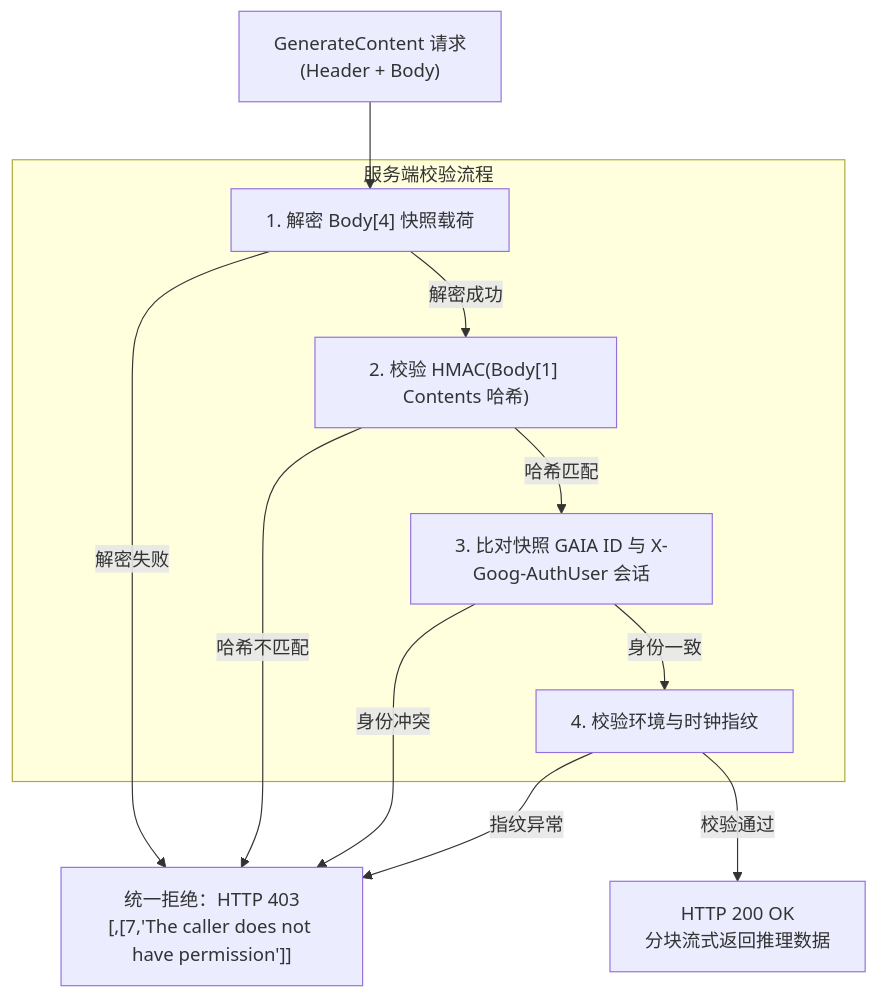
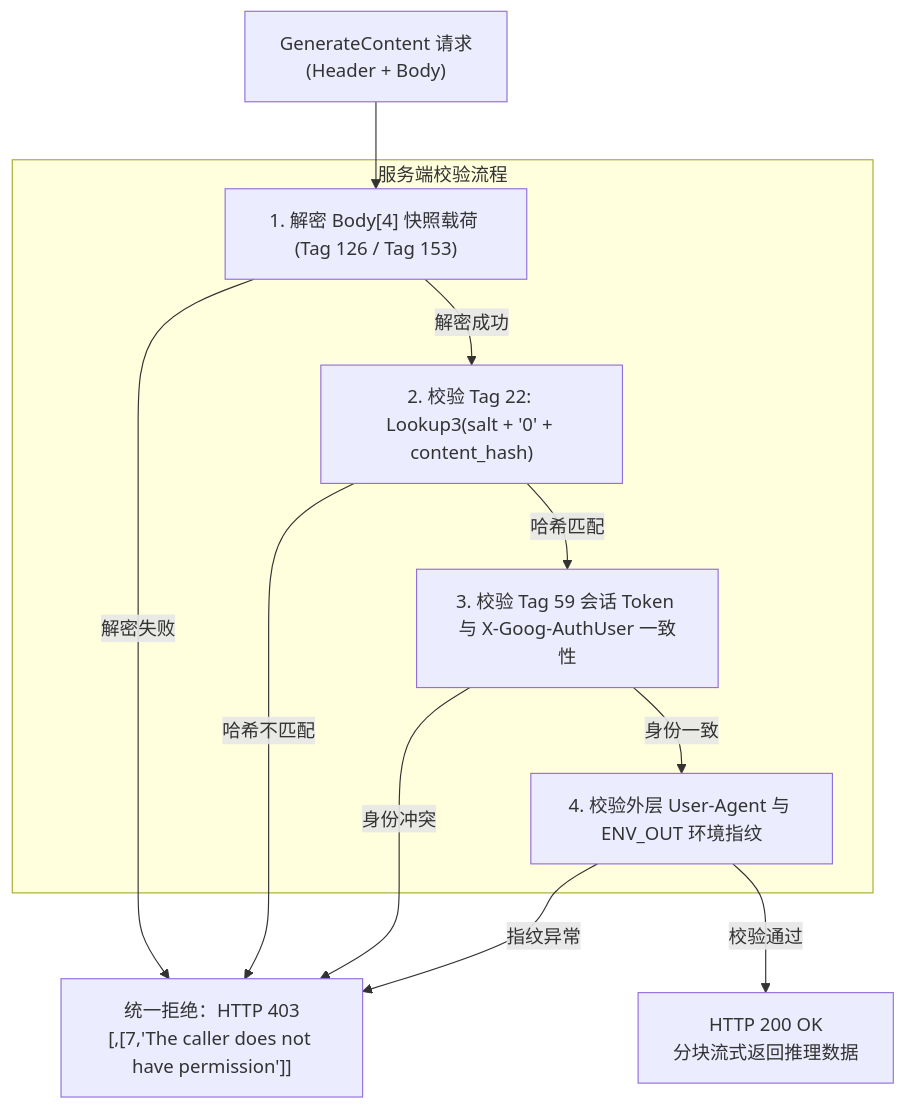
One commit to DeconstructedCube/aistudio-api changed the third of 3 diagrams in docs/BOTGUARD_VERIFICATION_CHAIN.md. Above: the diagram before and after it, drawn with Mermaid. The commit also changed other lines of this file and 12 other files, not shown here.

````diff
--- a/docs/BOTGUARD_VERIFICATION_CHAIN.md
+++ b/docs/BOTGUARD_VERIFICATION_CHAIN.md
@@ -305,21 +305,21 @@
 ```mermaid
 flowchart TD
     Req["GenerateContent 请求<br/>(Header + Body)"] --> Step1
 
     subgraph GatewayValidation ["服务端校验流程"]
-        Step1["1. 解密 Body[4] 快照载荷"]
-        Step2["2. 校验 HMAC(Body[1] Contents 哈希)"]
-        Step3["3. 比对快照 GAIA ID 与 X-Goog-AuthUser 会话"]
-        Step4["4. 校验环境与时钟指纹"]
+        Step1["1. 解密 Body[4] 快照载荷 (Tag 126 / Tag 153)"]
+        Step2["2. 校验 Tag 22: Lookup3(salt + '0' + content_hash)"]
+        Step3["3. 校验 Tag 59 会话 Token 与 X-Goog-AuthUser 一致性"]
+        Step4["4. 校验外层 User-Agent 与 ENV_OUT 环境指纹"]
 
         Step1 -->|解密成功| Step2
         Step2 -->|哈希匹配| Step3
         Step3 -->|身份一致| Step4
     end
 
     Step1 -->|解密失败| Reject["统一拒绝：HTTP 403<br/>[,[7,'The caller does not have permission']]"]
     Step2 -->|哈希不匹配| Reject
     Step3 -->|身份冲突| Reject
     Step4 -->|指纹异常| Reject
     Step4 -->|校验通过| Accept["HTTP 200 OK<br/>分块流式返回推理数据"]
 ```
````
